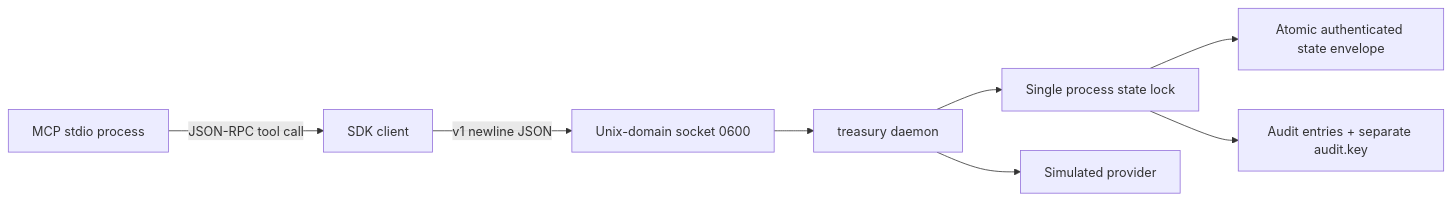
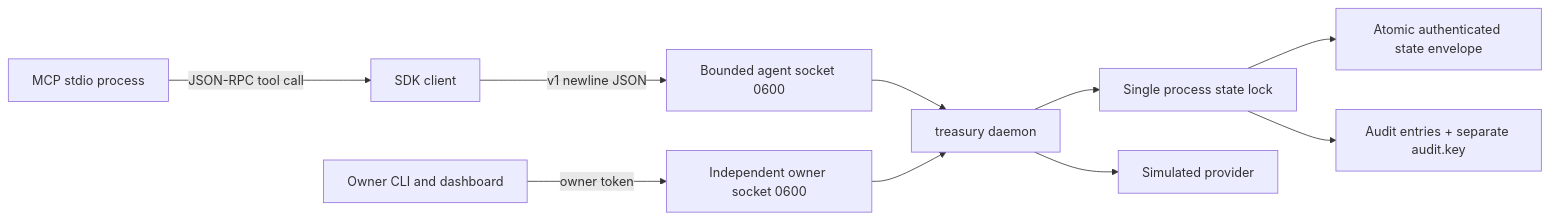
The second of 5 diagrams in docs/architecture.md (BedirT/cixa), drawn with Mermaid before and after one commit. The commit also changed other lines of this file and 5 other files, not shown here.

Commit message:
Reserve an independent owner control channel

````diff
--- a/docs/architecture.md
+++ b/docs/architecture.md
@@ -32,10 +32,12 @@
 ```mermaid
 flowchart LR
   MCP[MCP stdio process] -->|JSON-RPC tool call| SDK[SDK client]
-  SDK -->|v1 newline JSON| Socket[Unix-domain socket 0600]
-  Socket --> Daemon[treasury daemon]
+  SDK -->|v1 newline JSON| AgentSocket[Bounded agent socket 0600]
+  Owner[Owner CLI and dashboard] -->|owner token| OwnerSocket[Independent owner socket 0600]
+  AgentSocket --> Daemon[treasury daemon]
+  OwnerSocket --> Daemon
   Daemon --> Mutex[Single process state lock]
   Mutex --> State[Atomic authenticated state envelope]
   Mutex --> Audit[Audit entries + separate audit.key]
   Daemon --> Provider[Simulated provider]
 ```
````
